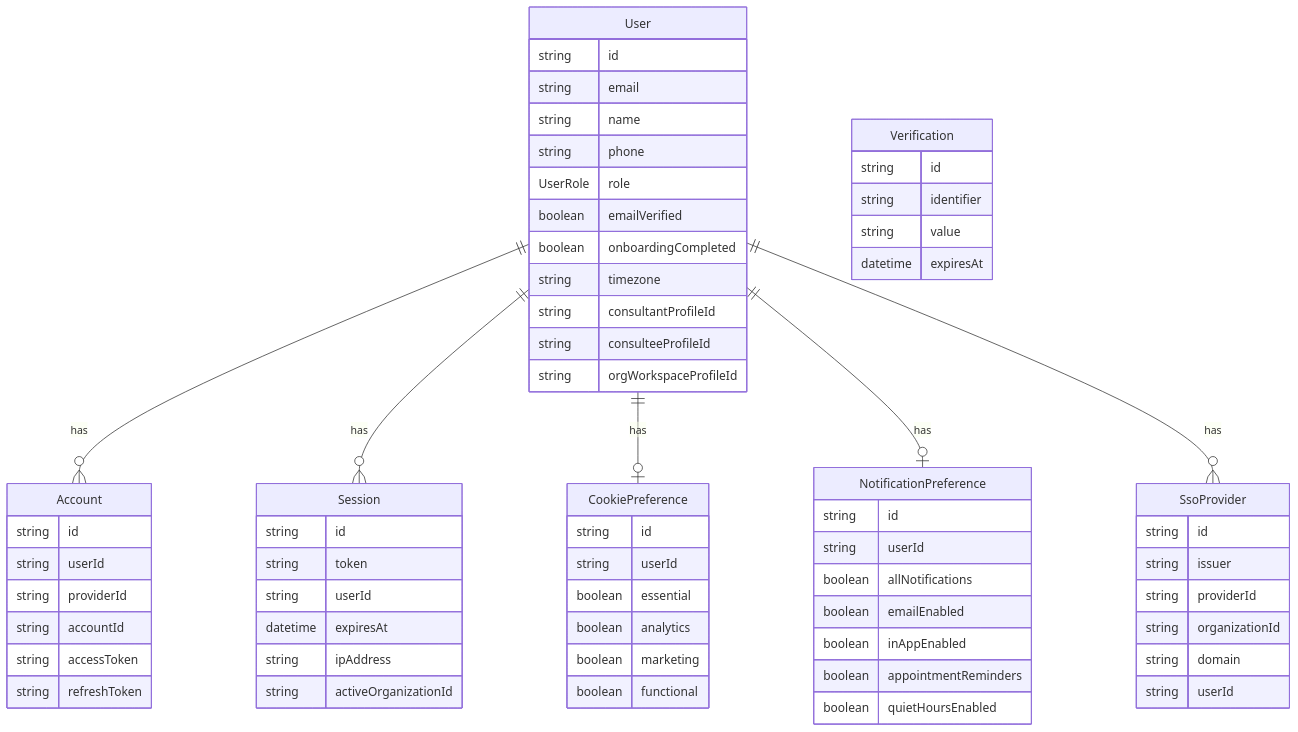
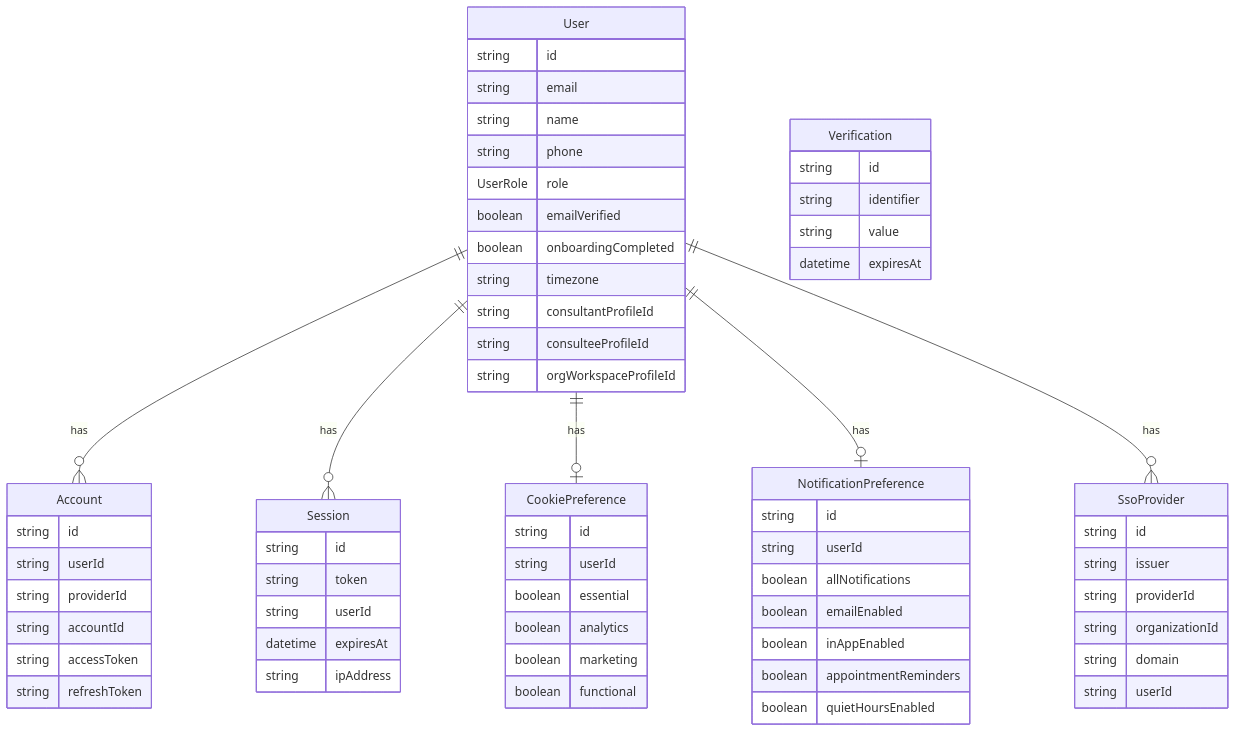
The second of 24 diagrams in docs/prisma/00-schema-map.md (Practitionist/familiarise_web), drawn with Mermaid before and after one commit. The commit also changed other lines of this file and 15 other files, not shown here.

````diff
--- a/docs/prisma/00-schema-map.md
+++ b/docs/prisma/00-schema-map.md
@@ -158,69 +158,68 @@
 ```mermaid
 erDiagram
     User {
         string id
         string email
         string name
         string phone
         UserRole role
         boolean emailVerified
         boolean onboardingCompleted
         string timezone
         string consultantProfileId
         string consulteeProfileId
         string orgWorkspaceProfileId
     }
     Account {
         string id
         string userId
         string providerId
         string accountId
         string accessToken
         string refreshToken
     }
     Session {
         string id
         string token
         string userId
         datetime expiresAt
         string ipAddress
-        string activeOrganizationId
     }
     Verification {
         string id
         string identifier
         string value
         datetime expiresAt
     }
     SsoProvider {
         string id
         string issuer
         string providerId
         string organizationId
         string domain
         string userId
     }
     CookiePreference {
         string id
         string userId
         boolean essential
         boolean analytics
         boolean marketing
         boolean functional
     }
     NotificationPreference {
         string id
         string userId
         boolean allNotifications
         boolean emailEnabled
         boolean inAppEnabled
         boolean appointmentReminders
         boolean quietHoursEnabled
     }
 
     User ||--o{ Account : "has"
     User ||--o{ Session : "has"
     User ||--o| CookiePreference : "has"
     User ||--o| NotificationPreference : "has"
     User ||--o{ SsoProvider : "has"
 ```
````
